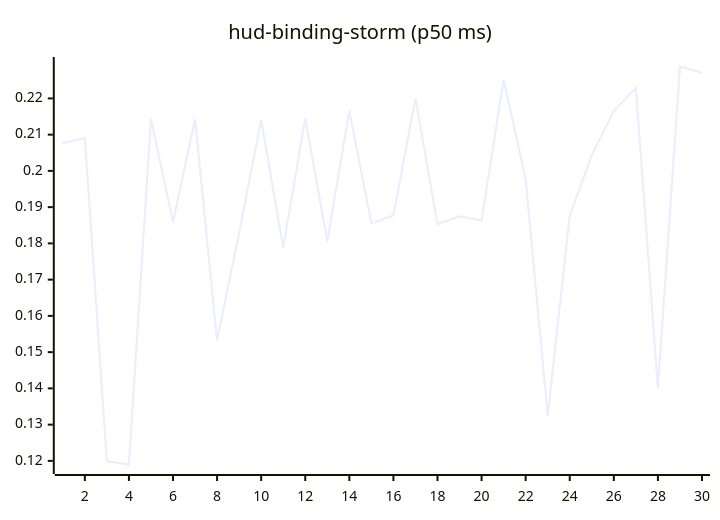
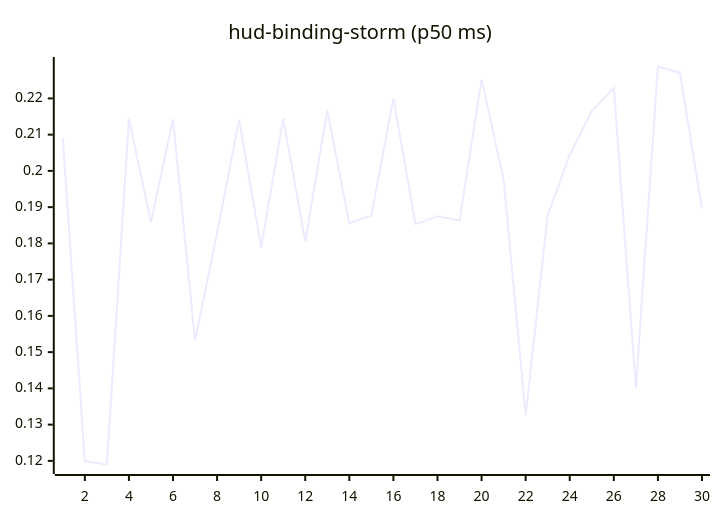
The tenth of 27 diagrams in README.md (josha/Facet), drawn with Mermaid before and after one commit. The commit also changed other lines of this file and 2 other files, not shown here.

````diff
--- a/README.md
+++ b/README.md
@@ -126,6 +126,6 @@
 ```mermaid
 xychart-beta
     title "hud-binding-storm (p50 ms)"
     x-axis 1 --> 30
-    line [0.2076, 0.2091, 0.1199, 0.1190, 0.2144, 0.1859, 0.2143, 0.1532, 0.1829, 0.2141, 0.1788, 0.2145, 0.1806, 0.2166, 0.1855, 0.1877, 0.2200, 0.1853, 0.1875, 0.1863, 0.2252, 0.1977, 0.1325, 0.1877, 0.2044, 0.2165, 0.2229, 0.1401, 0.2288, 0.2271]
+    line [0.2091, 0.1199, 0.1190, 0.2144, 0.1859, 0.2143, 0.1532, 0.1829, 0.2141, 0.1788, 0.2145, 0.1806, 0.2166, 0.1855, 0.1877, 0.2200, 0.1853, 0.1875, 0.1863, 0.2252, 0.1977, 0.1325, 0.1877, 0.2044, 0.2165, 0.2229, 0.1401, 0.2288, 0.2271, 0.1895]
 ```
````
